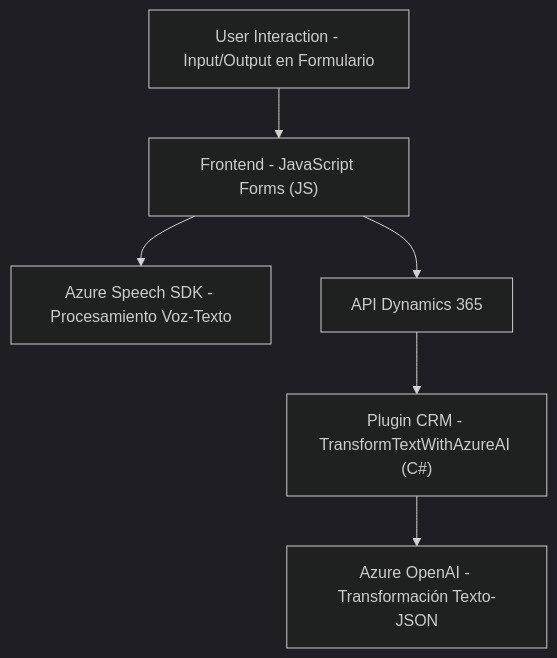
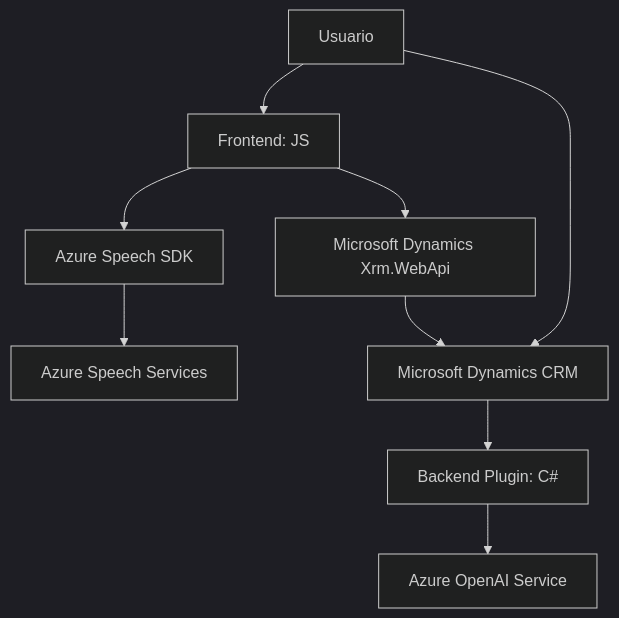
One commit to blopezdm/NETCORE_BILBAO2025 changed the diagram in README.md. Above: the diagram before and after it, drawn with Mermaid (dark theme). The commit also changed other lines of this file, not shown here.

````diff
--- a/README.md
+++ b/README.md
@@ -57,15 +43,20 @@
 ```mermaid
 graph TD
-    A["User Interaction - Input/Output en Formulario"]
-    B["Frontend - JavaScript Forms (JS)"]
-    C["Azure Speech SDK - Procesamiento Voz-Texto"]
-    D["API Dynamics 365"]
-    E["Plugin CRM - TransformTextWithAzureAI (C#)"]
-    F["Azure OpenAI - Transformación Texto-JSON"]
+    A["Usuario"]
+    B["Frontend: JS"]
+    C["Azure Speech SDK"]
+    D["Microsoft Dynamics Xrm.WebApi"]
+    E["Azure Speech Services"]
+    F["Backend Plugin: C#"]
+    G["Azure OpenAI Service"]
+    H["Microsoft Dynamics CRM"]
 
     A --> B
     B --> C
     B --> D
-    D --> E
-    E --> F
+    C --> E
+    D --> H
+    A --> H
+    H --> F
+    F --> G
 ```
````
